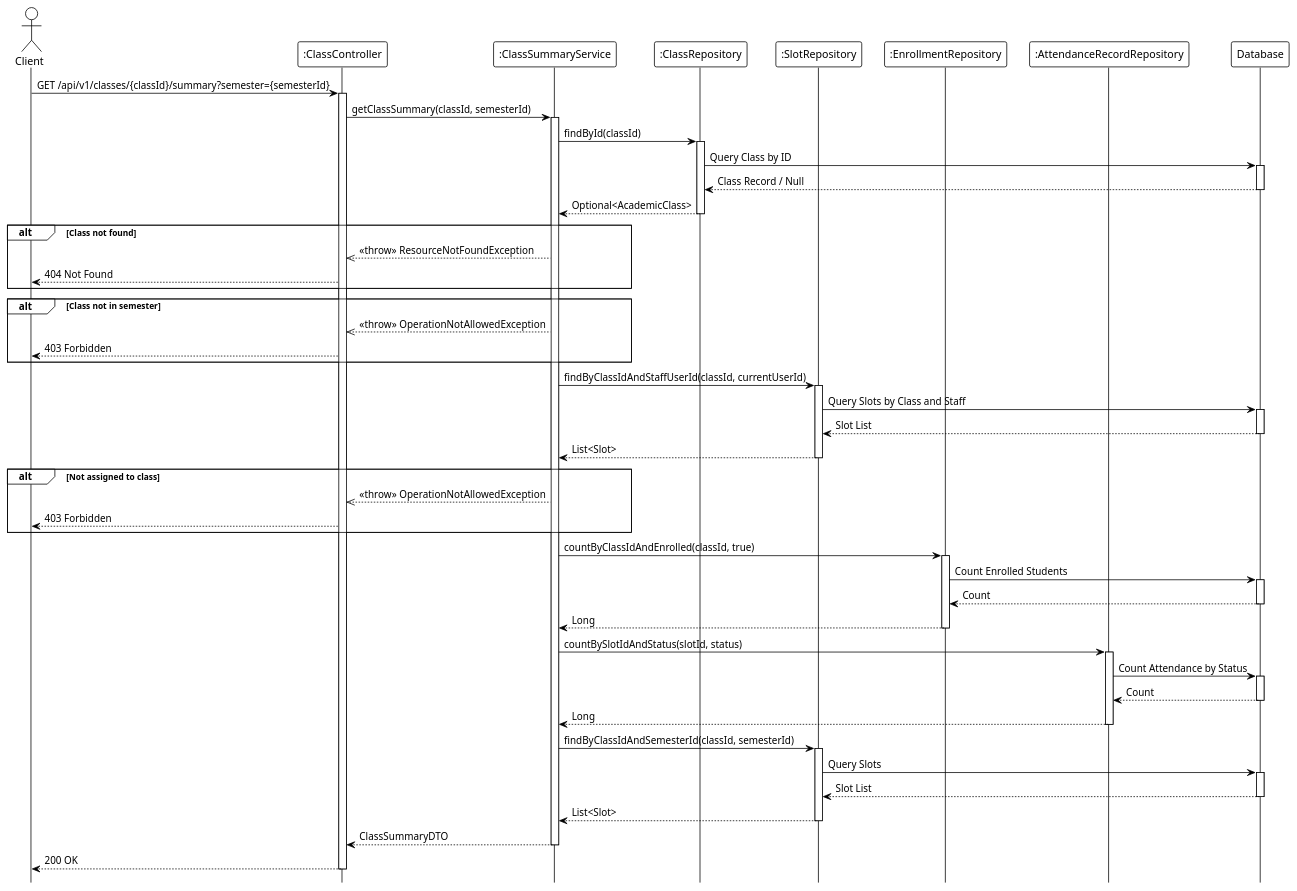
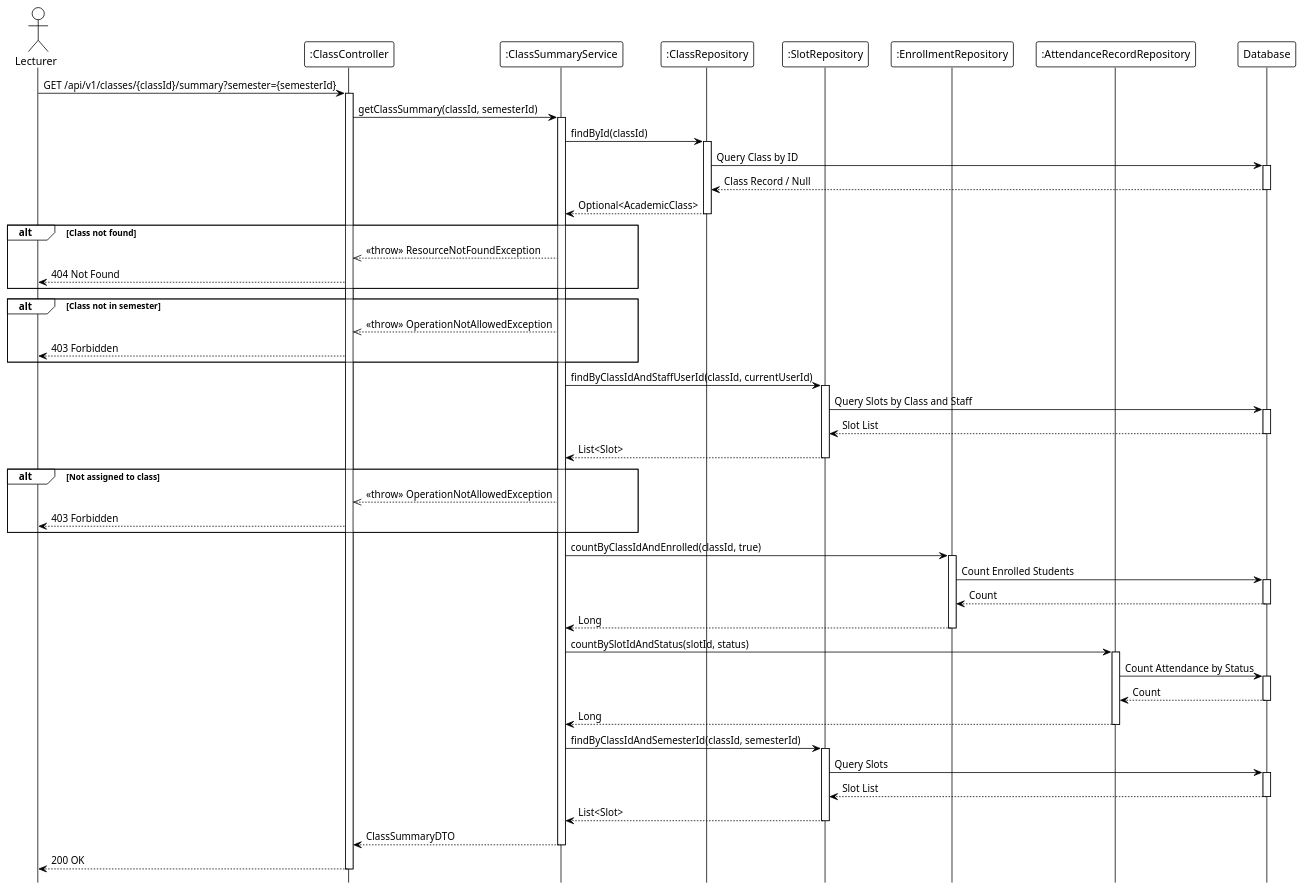
The diagram in system_detailed_design/71_view_class_summary/sequence_diagram_view_class_summary.puml (Ndh474/context), drawn with PlantUML before and after one commit. The commit also changed 4 other files, not shown here.

First line of the commit message:
refactor(diagrams): update actor from Client to Lecturer in sequence diagrams

```diff
--- a/system_detailed_design/71_view_class_summary/sequence_diagram_view_class_summary.puml
+++ b/system_detailed_design/71_view_class_summary/sequence_diagram_view_class_summary.puml
@@ -1,103 +1,103 @@
 @startuml view_class_summary
 !theme plain
 hide footbox
 
-actor Client
+actor Lecturer
 participant ":ClassController" as Controller
 participant ":ClassSummaryService" as Service
 participant ":ClassRepository" as ClassRepo
 participant ":SlotRepository" as SlotRepo
 participant ":EnrollmentRepository" as EnrollmentRepo
 participant ":AttendanceRecordRepository" as AttendanceRepo
 participant "Database" as DB
 
 ' --- MAIN FLOW ---
-Client -> Controller: GET /api/v1/classes/{classId}/summary?semester={semesterId}
+Lecturer -> Controller: GET /api/v1/classes/{classId}/summary?semester={semesterId}
 activate Controller
 
 Controller -> Service: getClassSummary(classId, semesterId)
 activate Service
 
 ' --- VALIDATE AUTHORIZATION ---
 Service -> ClassRepo: findById(classId)
 activate ClassRepo
 
 ClassRepo -> DB: Query Class by ID
 activate DB
 DB --> ClassRepo: Class Record / Null
 deactivate DB
 
 ClassRepo --> Service: Optional<AcademicClass>
 deactivate ClassRepo
 
 alt Class not found
     Service -->> Controller: <<throw>> ResourceNotFoundException
-    Controller --> Client: 404 Not Found
+    Controller --> Lecturer: 404 Not Found
 end
 
 alt Class not in semester
     Service -->> Controller: <<throw>> OperationNotAllowedException
-    Controller --> Client: 403 Forbidden
+    Controller --> Lecturer: 403 Forbidden
 end
 
 Service -> SlotRepo: findByClassIdAndStaffUserId(classId, currentUserId)
 activate SlotRepo
 
 SlotRepo -> DB: Query Slots by Class and Staff
 activate DB
 DB --> SlotRepo: Slot List
 deactivate DB
 
 SlotRepo --> Service: List<Slot>
 deactivate SlotRepo
 
 alt Not assigned to class
     Service -->> Controller: <<throw>> OperationNotAllowedException
-    Controller --> Client: 403 Forbidden
+    Controller --> Lecturer: 403 Forbidden
 end
 
 ' --- GET ENROLLMENT SUMMARY ---
 Service -> EnrollmentRepo: countByClassIdAndEnrolled(classId, true)
 activate EnrollmentRepo
 
 EnrollmentRepo -> DB: Count Enrolled Students
 activate DB
 DB --> EnrollmentRepo: Count
 deactivate DB
 
 EnrollmentRepo --> Service: Long
 deactivate EnrollmentRepo
 
 ' --- GET ATTENDANCE STATISTICS ---
 Service -> AttendanceRepo: countBySlotIdAndStatus(slotId, status)
 activate AttendanceRepo
 
 AttendanceRepo -> DB: Count Attendance by Status
 activate DB
 DB --> AttendanceRepo: Count
 deactivate DB
 
 AttendanceRepo --> Service: Long
 deactivate AttendanceRepo
 
 ' --- GET SLOT LIST ---
 Service -> SlotRepo: findByClassIdAndSemesterId(classId, semesterId)
 activate SlotRepo
 
 SlotRepo -> DB: Query Slots
 activate DB
 DB --> SlotRepo: Slot List
 deactivate DB
 
 SlotRepo --> Service: List<Slot>
 deactivate SlotRepo
 
 ' Get student attendance summaries (internal)
 
 Service --> Controller: ClassSummaryDTO
 deactivate Service
 
-Controller --> Client: 200 OK
+Controller --> Lecturer: 200 OK
 deactivate Controller
 
 @enduml
```
